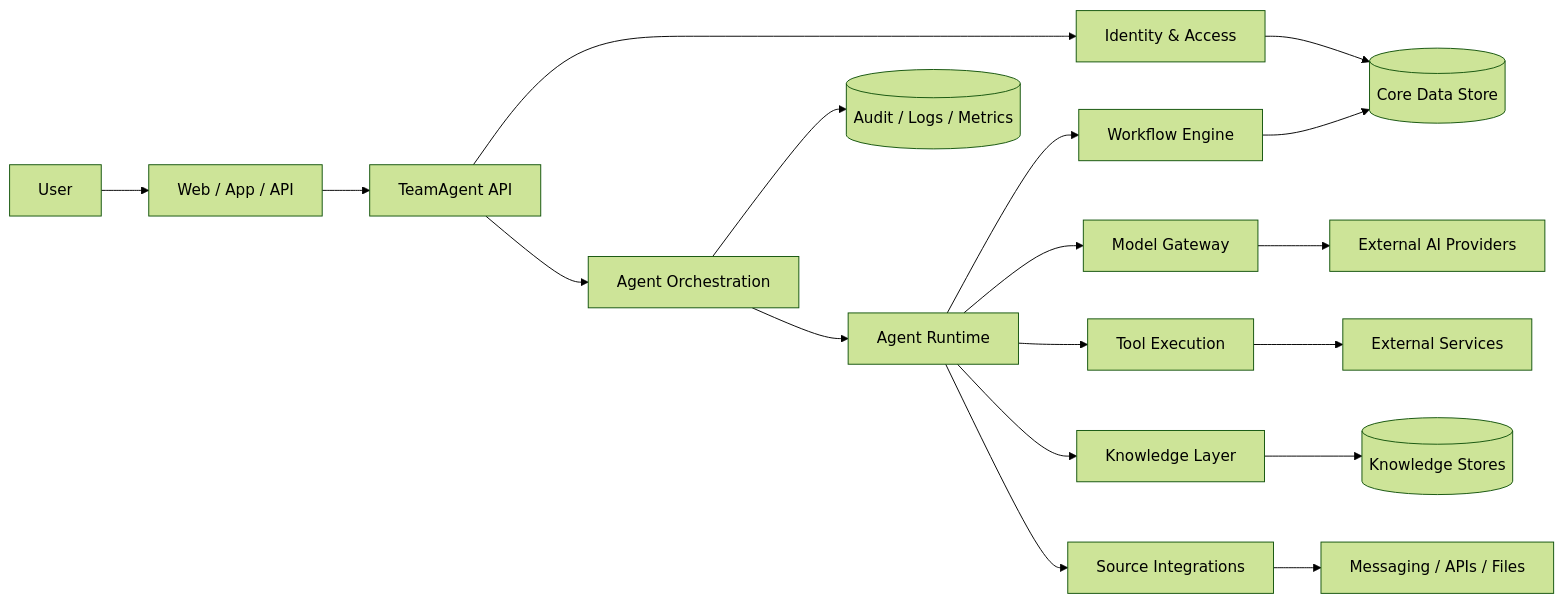
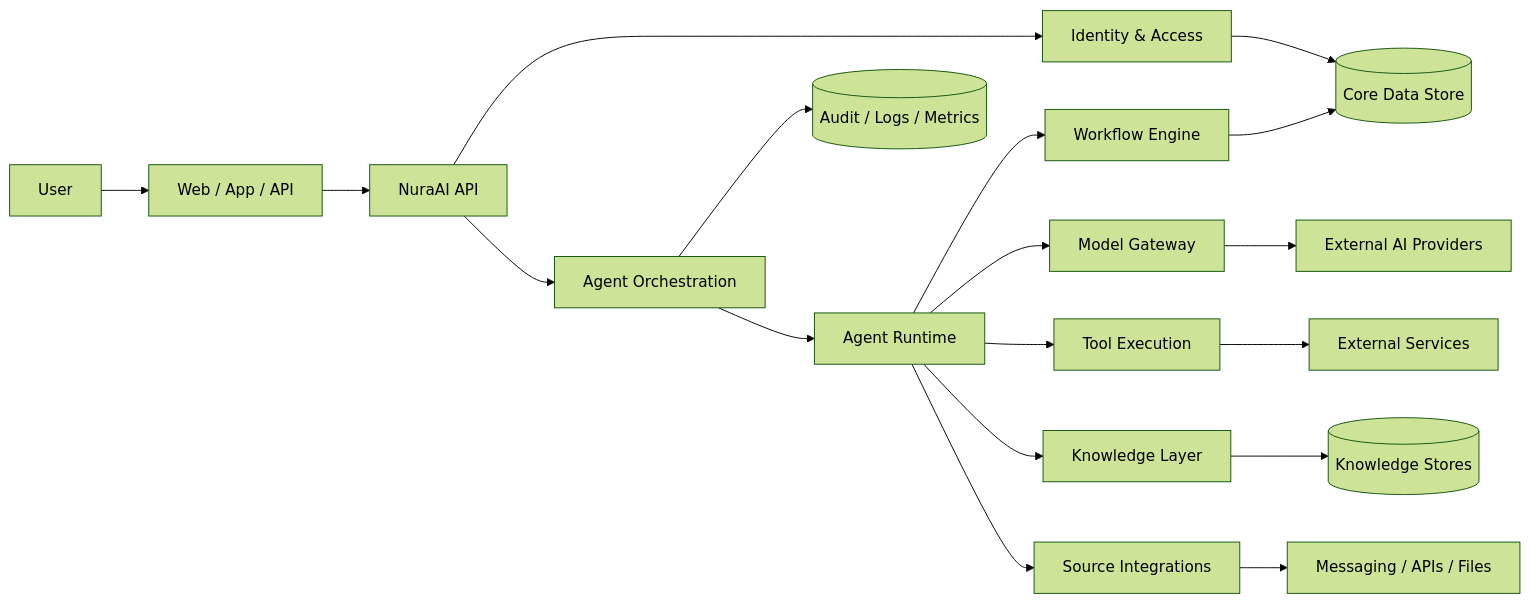
One commit to GreatRedem/TeamAgent changed the diagram in docs/10-architecture.md. Above: the diagram before and after it, drawn with Mermaid (forest theme). The commit also changed other lines of this file and 23 other files, not shown here.

Commit message:
docs: rename to NuraAI, drop SQLite, fill API gaps

````diff
--- a/docs/10-architecture.md
+++ b/docs/10-architecture.md
@@ -15,21 +15,21 @@
 ```mermaid
 flowchart LR
     U[User] --> UI[Web / App / API]
-    UI --> API[TeamAgent API]
+    UI --> API[NuraAI API]
     API --> IAM[Identity & Access]
     API --> ORCH[Agent Orchestration]
     ORCH --> AGENT[Agent Runtime]
     AGENT --> MODEL[Model Gateway]
     AGENT --> TOOL[Tool Execution]
     AGENT --> KNOW[Knowledge Layer]
     AGENT --> SRC[Source Integrations]
     AGENT --> FLOW[Workflow Engine]
 
     IAM --> DB[(Core Data Store)]
     MODEL --> EXT[External AI Providers]
     TOOL --> EXT2[External Services]
     SRC --> EXT3[Messaging / APIs / Files]
     KNOW --> KB[(Knowledge Stores)]
     FLOW --> DB
     ORCH --> LOG[(Audit / Logs / Metrics)]
 ```
````
